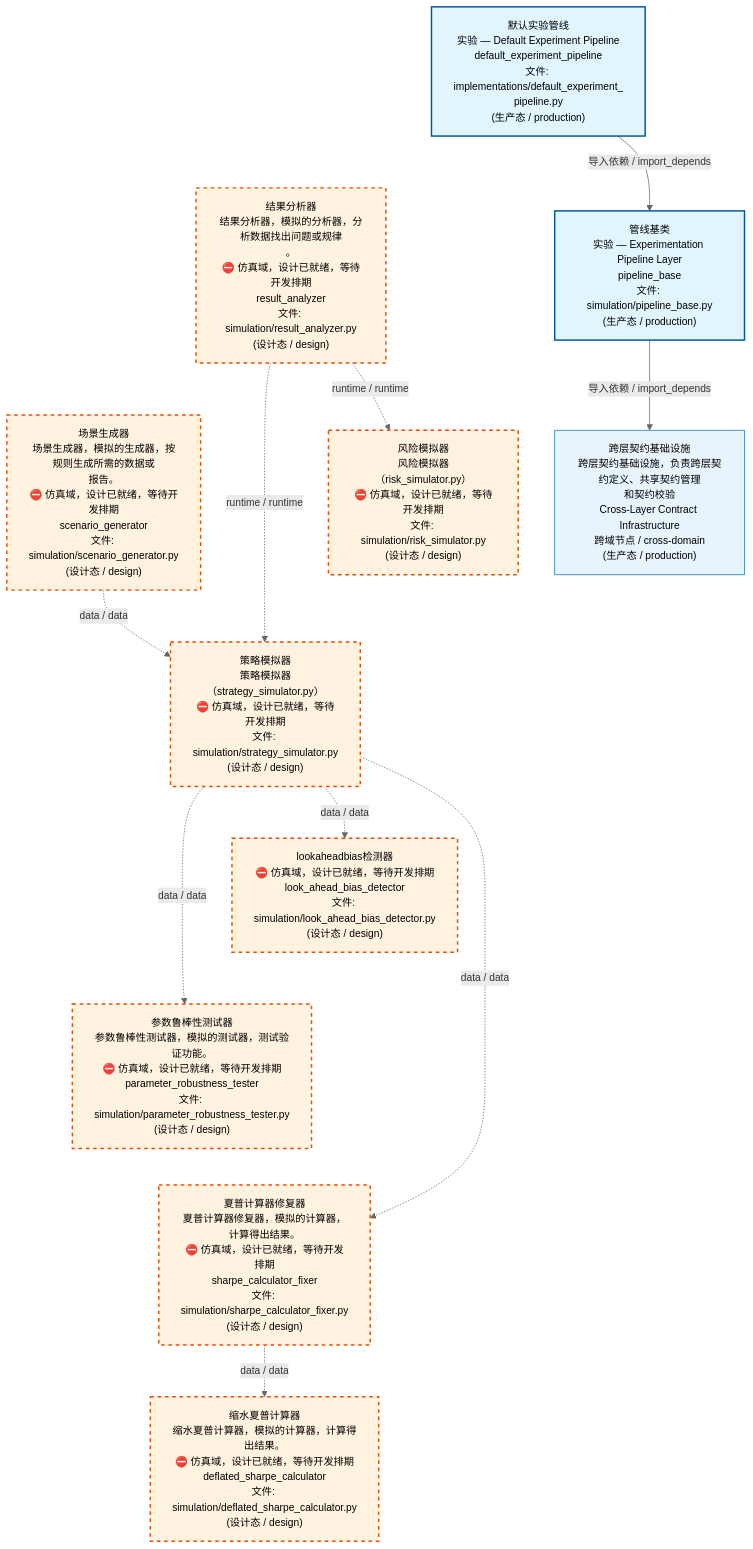
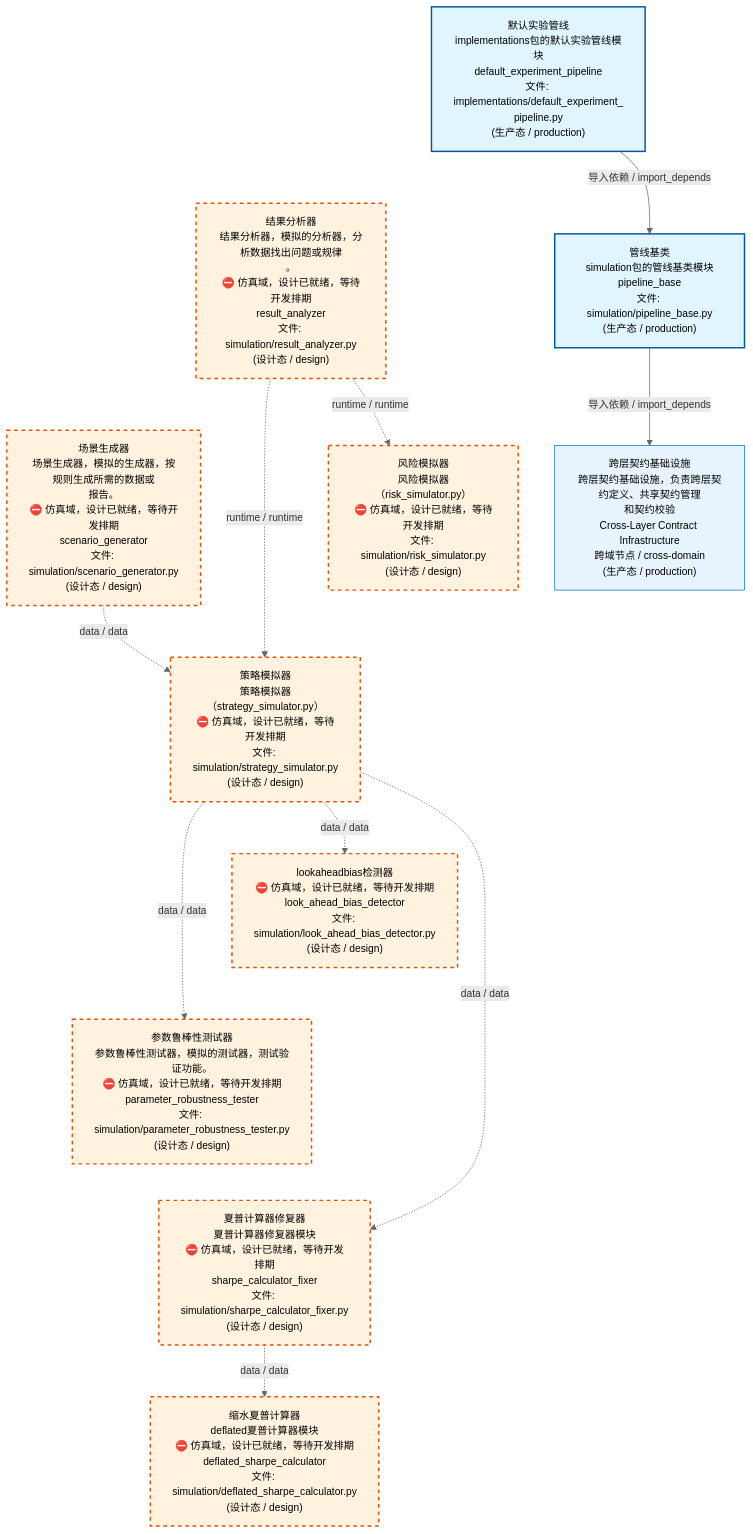
One commit to xuanFelixVan/ZephyrAlpha changed the first of 4 diagrams in docs/02_enterprise_architecture/02_domain_architecture_docs/70_d_simulation.md. Above: the diagram before and after it, drawn with Mermaid. The commit also changed other lines of this file and 58 other files, not shown here.

````diff
--- a/docs/02_enterprise_architecture/02_domain_architecture_docs/70_d_simulation.md
+++ b/docs/02_enterprise_architecture/02_domain_architecture_docs/70_d_simulation.md
@@ -53,37 +53,37 @@
 ```mermaid
 %%{init: {'theme': 'base', 'themeVariables': {'primaryColor': '#eaeaea', 'primaryTextColor': '#333333', 'primaryBorderColor': '#666666', 'lineColor': '#666666', 'secondaryColor': '#eaeaea', 'tertiaryColor': '#eaeaea', 'fontSize': '14px'}}}%%
 flowchart TD
-    src_zephyr_simulation_implementations_default_experiment_pipeline_py["默认实验管线<br/>实验 — Default Experiment Pipeline<br/>default_experiment_pipeline<br/>文件: implementations/default_experiment_<br/>pipeline.py<br/>(生产态 / production)"]
+    src_zephyr_simulation_implementations_default_experiment_pipeline_py["默认实验管线<br/>implementations包的默认实验管线模块<br/>default_experiment_pipeline<br/>文件: implementations/default_experiment_<br/>pipeline.py<br/>(生产态 / production)"]
     src_zephyr_simulation_result_analyzer_py["结果分析器<br/>结果分析器，模拟的分析器，分析数据找出问题或规律<br/>。<br/>⛔ 仿真域，设计已就绪，等待开发排期<br/>result_analyzer<br/>文件: simulation/result_analyzer.py<br/>(设计态 / design)"]
     src_zephyr_simulation_scenario_generator_py["场景生成器<br/>场景生成器，模拟的生成器，按规则生成所需的数据或<br/>报告。<br/>⛔ 仿真域，设计已就绪，等待开发排期<br/>scenario_generator<br/>文件: simulation/scenario_generator.py<br/>(设计态 / design)"]
     src_zephyr_simulation_implementations_default_experiment_pipeline_py ~~~ src_zephyr_simulation_result_analyzer_py
     src_zephyr_simulation_result_analyzer_py ~~~ src_zephyr_simulation_scenario_generator_py
-    src_zephyr_simulation_pipeline_base_py["管线基类<br/>实验 — Experimentation Pipeline Layer<br/>pipeline_base<br/>文件: simulation/pipeline_base.py<br/>(生产态 / production)"]
+    src_zephyr_simulation_pipeline_base_py["管线基类<br/>simulation包的管线基类模块<br/>pipeline_base<br/>文件: simulation/pipeline_base.py<br/>(生产态 / production)"]
     src_zephyr_simulation_risk_simulator_py["风险模拟器<br/>风险模拟器（risk_simulator.py）<br/>⛔ 仿真域，设计已就绪，等待开发排期<br/>文件: simulation/risk_simulator.py<br/>(设计态 / design)"]
     src_zephyr_simulation_strategy_simulator_py["策略模拟器<br/>策略模拟器（strategy_simulator.py）<br/>⛔ 仿真域，设计已就绪，等待开发排期<br/>文件: simulation/strategy_simulator.py<br/>(设计态 / design)"]
     src_zephyr_simulation_pipeline_base_py ~~~ src_zephyr_simulation_risk_simulator_py
     src_zephyr_simulation_risk_simulator_py ~~~ src_zephyr_simulation_strategy_simulator_py
     src_zephyr_simulation_look_ahead_bias_detector_py["lookaheadbias检测器<br/>⛔ 仿真域，设计已就绪，等待开发排期<br/>look_ahead_bias_detector<br/>文件: simulation/look_ahead_bias_detector.py<br/>(设计态 / design)"]
     src_zephyr_simulation_parameter_robustness_tester_py["参数鲁棒性测试器<br/>参数鲁棒性测试器，模拟的测试器，测试验证功能。<br/>⛔ 仿真域，设计已就绪，等待开发排期<br/>parameter_robustness_tester<br/>文件: simulation/parameter_robustness_tester.py<br/>(设计态 / design)"]
-    src_zephyr_simulation_sharpe_calculator_fixer_py["夏普计算器修复器<br/>夏普计算器修复器，模拟的计算器，计算得出结果。<br/>⛔ 仿真域，设计已就绪，等待开发排期<br/>sharpe_calculator_fixer<br/>文件: simulation/sharpe_calculator_fixer.py<br/>(设计态 / design)"]
+    src_zephyr_simulation_sharpe_calculator_fixer_py["夏普计算器修复器<br/>夏普计算器修复器模块<br/>⛔ 仿真域，设计已就绪，等待开发排期<br/>sharpe_calculator_fixer<br/>文件: simulation/sharpe_calculator_fixer.py<br/>(设计态 / design)"]
     src_zephyr_simulation_look_ahead_bias_detector_py ~~~ src_zephyr_simulation_parameter_robustness_tester_py
     src_zephyr_simulation_parameter_robustness_tester_py ~~~ src_zephyr_simulation_sharpe_calculator_fixer_py
-    src_zephyr_simulation_deflated_sharpe_calculator_py["缩水夏普计算器<br/>缩水夏普计算器，模拟的计算器，计算得出结果。<br/>⛔ 仿真域，设计已就绪，等待开发排期<br/>deflated_sharpe_calculator<br/>文件: simulation/deflated_sharpe_calculator.py<br/>(设计态 / design)"]
+    src_zephyr_simulation_deflated_sharpe_calculator_py["缩水夏普计算器<br/>deflated夏普计算器模块<br/>⛔ 仿真域，设计已就绪，等待开发排期<br/>deflated_sharpe_calculator<br/>文件: simulation/deflated_sharpe_calculator.py<br/>(设计态 / design)"]
     src_zephyr_simulation_strategy_simulator_py -.->|data / data| src_zephyr_simulation_parameter_robustness_tester_py
     src_zephyr_simulation_strategy_simulator_py -.->|data / data| src_zephyr_simulation_look_ahead_bias_detector_py
     src_zephyr_simulation_strategy_simulator_py -.->|data / data| src_zephyr_simulation_sharpe_calculator_fixer_py
     src_zephyr_simulation_scenario_generator_py -.->|data / data| src_zephyr_simulation_strategy_simulator_py
     src_zephyr_simulation_result_analyzer_py -.->|runtime / runtime| src_zephyr_simulation_strategy_simulator_py
     src_zephyr_simulation_result_analyzer_py -.->|runtime / runtime| src_zephyr_simulation_risk_simulator_py
     src_zephyr_simulation_sharpe_calculator_fixer_py -.->|data / data| src_zephyr_simulation_deflated_sharpe_calculator_py
     src_zephyr_simulation_implementations_default_experiment_pipeline_py -->|导入依赖 / import_depends| src_zephyr_simulation_pipeline_base_py
     D_INFRASTRUCTURE["跨层契约基础设施<br/>跨层契约基础设施，负责跨层契约定义、共享契约管理<br/>和契约校验<br/>Cross-Layer Contract Infrastructure<br/>跨域节点 / cross-domain<br/>(生产态 / production)"]
     src_zephyr_simulation_pipeline_base_py -->|导入依赖 / import_depends| D_INFRASTRUCTURE
     classDef production fill:#e1f5fe,stroke:#01579b,stroke-width:2px,color:#000
     classDef design fill:#fff3e0,stroke:#e65100,stroke-width:2px,color:#000,stroke-dasharray: 5 5
     classDef external_prod fill:#e8f4fd,stroke:#0277bd,stroke-width:1px,color:#000
     classDef external_design fill:#fff8e7,stroke:#ef6c00,stroke-width:1px,color:#000,stroke-dasharray: 5 5
     class src_zephyr_simulation_implementations_default_experiment_pipeline_py,src_zephyr_simulation_pipeline_base_py production
     class src_zephyr_simulation_deflated_sharpe_calculator_py,src_zephyr_simulation_look_ahead_bias_detector_py,src_zephyr_simulation_parameter_robustness_tester_py,src_zephyr_simulation_result_analyzer_py,src_zephyr_simulation_risk_simulator_py,src_zephyr_simulation_scenario_generator_py,src_zephyr_simulation_sharpe_calculator_fixer_py,src_zephyr_simulation_strategy_simulator_py design
     class D_INFRASTRUCTURE external_prod
 ```
````
